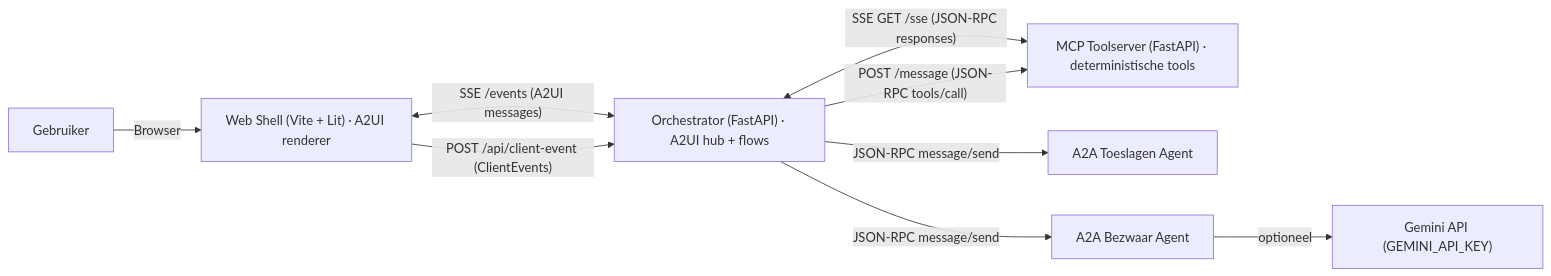
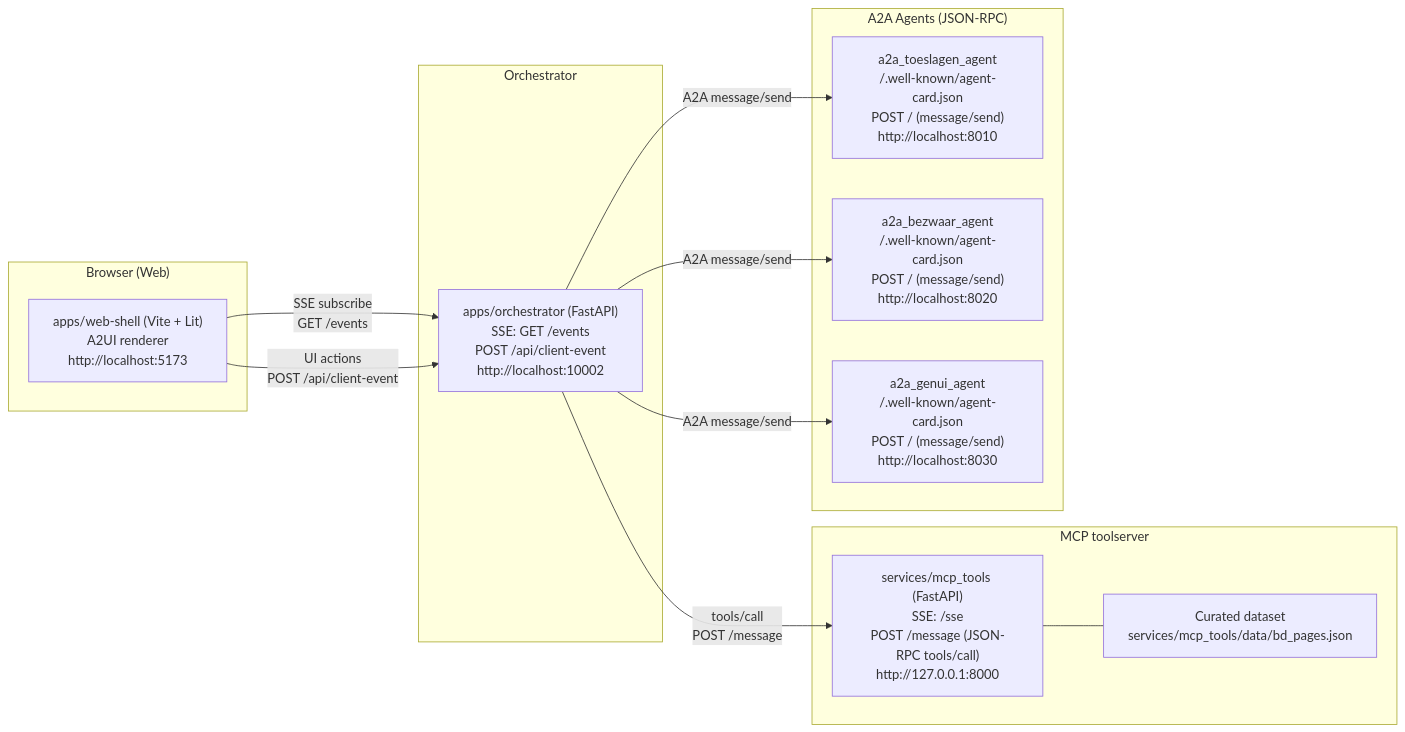
Before and after one commit to ramonankersmit/a2ai-assistants: the diagram in docs/ARCHITECTURE.md, drawn with Mermaid. The commit also changed other lines of this file, not shown here.

Commit message:
Docs: update architecture.md for A2UI + MCP + A2A (GenUI Search/Wizard/Form, Variant A/B)

````diff
--- a/docs/ARCHITECTURE.md
+++ b/docs/ARCHITECTURE.md
@@ -7,15 +15,52 @@
 ```mermaid
 flowchart LR
-  U["Gebruiker"] -->|"Browser"| W["Web Shell (Vite + Lit) · A2UI renderer"]
+  subgraph Browser["Browser (Web)"]
+    WEB["apps/web-shell (Vite + Lit)
+A2UI renderer
+http://localhost:5173"]
+  end
 
-  W <-->|"SSE /events (A2UI messages)"| O["Orchestrator (FastAPI) · A2UI hub + flows"]
-  W -->|"POST /api/client-event (ClientEvents)"| O
+  subgraph ORCH["Orchestrator"]
+    ORCHAPI["apps/orchestrator (FastAPI)
+SSE: GET /events
+POST /api/client-event
+http://localhost:10002"]
+  end
 
-  O <-->|"SSE GET /sse (JSON-RPC responses)"| MCP["MCP Toolserver (FastAPI) · deterministische tools"]
-  O -->|"POST /message (JSON-RPC tools/call)"| MCP
+  subgraph MCP["MCP toolserver"]
+    MCPAPI["services/mcp_tools (FastAPI)
+SSE: /sse
+POST /message (JSON-RPC tools/call)
+http://127.0.0.1:8000"]
+    MCPDATA["Curated dataset
+services/mcp_tools/data/bd_pages.json"]
+  end
 
-  O -->|"JSON-RPC message/send"| A2AT["A2A Toeslagen Agent"]
-  O -->|"JSON-RPC message/send"| A2AB["A2A Bezwaar Agent"]
+  subgraph A2A["A2A Agents (JSON-RPC)"]
+    TSL["a2a_toeslagen_agent
+/.well-known/agent-card.json
+POST / (message/send)
+http://localhost:8010"]
+    BZW["a2a_bezwaar_agent
+/.well-known/agent-card.json
+POST / (message/send)
+http://localhost:8020"]
+    GUI["a2a_genui_agent
+/.well-known/agent-card.json
+POST / (message/send)
+http://localhost:8030"]
+  end
 
-  A2AB -->|"optioneel"| G["Gemini API (GEMINI_API_KEY)"]
+  WEB -- "SSE subscribe
+GET /events" --> ORCHAPI
+  WEB -- "UI actions
+POST /api/client-event" --> ORCHAPI
+
+  ORCHAPI -- "tools/call
+POST /message" --> MCPAPI
+  MCPAPI --- MCPDATA
+
+  ORCHAPI -- "A2A message/send" --> TSL
+  ORCHAPI -- "A2A message/send" --> BZW
+  ORCHAPI -- "A2A message/send" --> GUI
 ```
````
